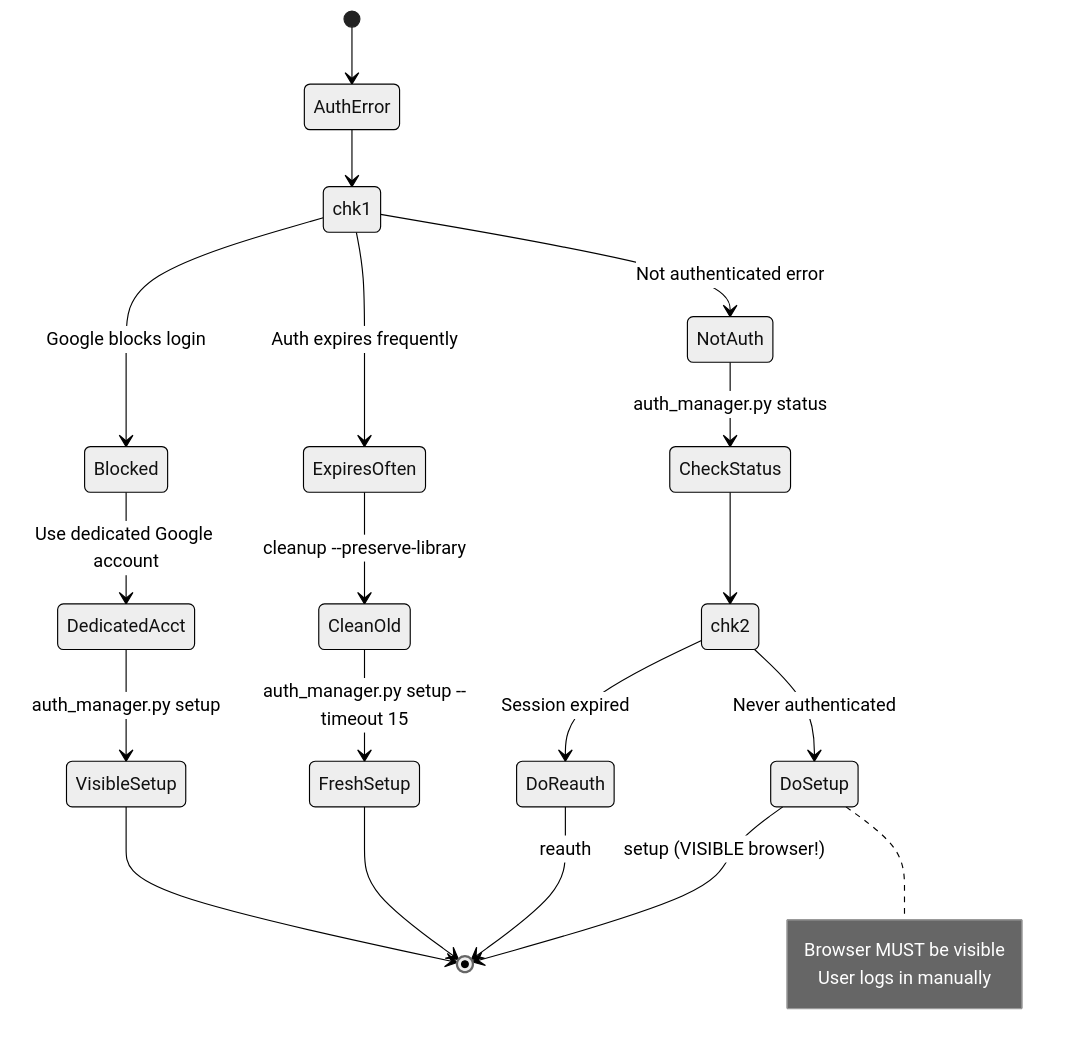
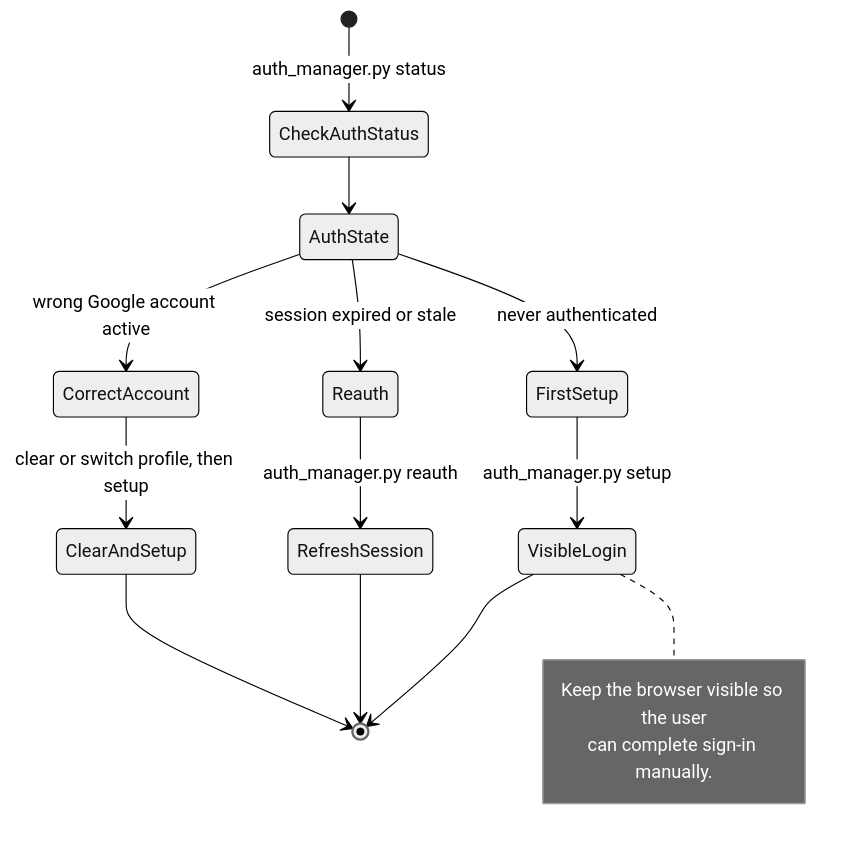
The second of 6 diagrams in references/troubleshooting.md (khengyun/notebooklm-experts-skill), drawn with Mermaid (neutral theme) before and after one commit. The commit also changed other lines of this file and 23 other files, not shown here.

````diff
--- a/references/troubleshooting.md
+++ b/references/troubleshooting.md
@@ -37,32 +35,24 @@
 ```mermaid
 stateDiagram-v2
-    [*] --> AuthError
+    [*] --> CheckAuthStatus: auth_manager.py status
 
-    AuthError --> chk1
-    state chk1 <<choice>>
-    chk1 --> NotAuth: Not authenticated error
-    chk1 --> ExpiresOften: Auth expires frequently
-    chk1 --> Blocked: Google blocks login
+    CheckAuthStatus --> AuthState
+    state AuthState <<choice>>
+    AuthState --> FirstSetup: never authenticated
+    AuthState --> Reauth: session expired or stale
+    AuthState --> CorrectAccount: wrong Google account active
 
-    NotAuth --> CheckStatus: auth_manager.py status
-    CheckStatus --> chk2
-    state chk2 <<choice>>
-    chk2 --> DoSetup: Never authenticated
-    chk2 --> DoReauth: Session expired
+    FirstSetup --> VisibleLogin: auth_manager.py setup
+    VisibleLogin --> [*]
 
-    DoSetup --> [*]: setup (VISIBLE browser!)
-    DoReauth --> [*]: reauth
+    Reauth --> RefreshSession: auth_manager.py reauth
+    RefreshSession --> [*]
 
-    ExpiresOften --> CleanOld: cleanup --preserve-library
-    CleanOld --> FreshSetup: auth_manager.py setup --timeout 15
-    FreshSetup --> [*]
+    CorrectAccount --> ClearAndSetup: clear or switch profile, then setup
+    ClearAndSetup --> [*]
 
-    Blocked --> DedicatedAcct: Use dedicated Google account
-    DedicatedAcct --> VisibleSetup: auth_manager.py setup
-    VisibleSetup --> [*]
-
-    note right of DoSetup
-        Browser MUST be visible
-        User logs in manually
+    note right of VisibleLogin
+        Keep the browser visible so the user
+        can complete sign-in manually.
     end note
 ```
````
